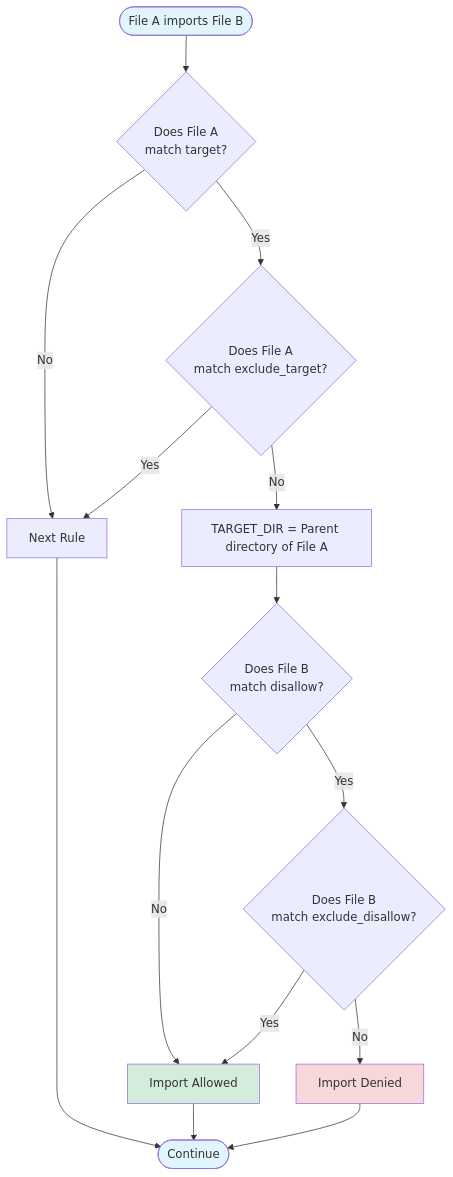
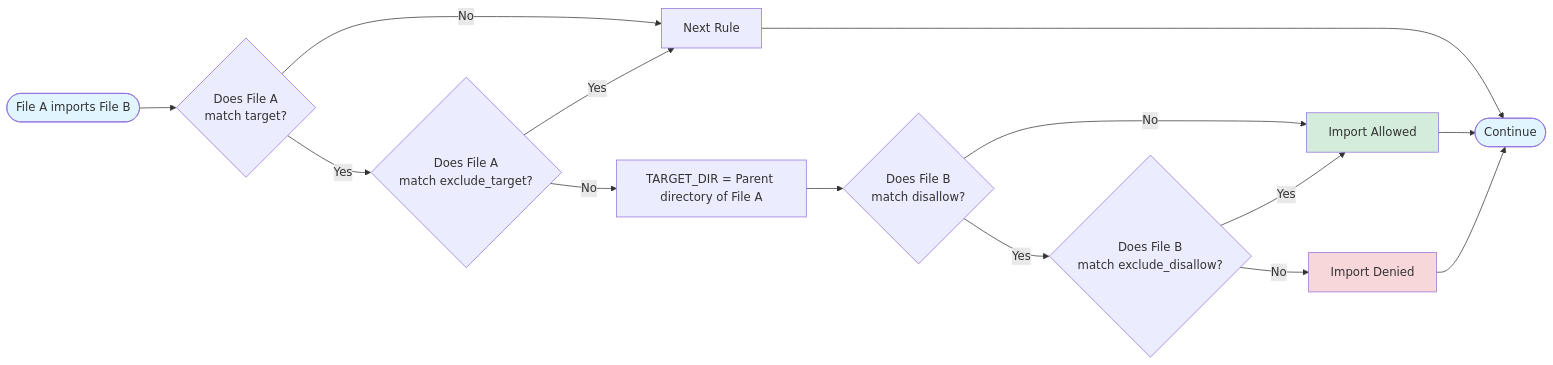
One commit to fujidaiti/import_rules changed the diagram in RULES_FILE_SPEC.md. Above: the diagram before and after it, drawn with Mermaid. The commit also changed other lines of this file and 1 other file, not shown here.

````diff
--- a/RULES_FILE_SPEC.md
+++ b/RULES_FILE_SPEC.md
@@ -143,21 +150,21 @@
 ```mermaid
-flowchart TD
+flowchart LR
     Start([File A imports File B]) --> CheckTarget{Does File A<br/>match target?}
     CheckTarget -->|No| NextRule[Next Rule]
     CheckTarget -->|Yes| CheckExcludeTarget{Does File A<br/>match exclude_target?}
     CheckExcludeTarget -->|Yes| NextRule
     CheckExcludeTarget -->|No| ExtractTARGET_DIR[TARGET_DIR = Parent directory of File A]
     ExtractTARGET_DIR --> CheckDisallow{Does File B<br/>match disallow?}
     CheckDisallow -->|No| Allow[Import Allowed]
     CheckDisallow -->|Yes| CheckExcludeDisallow{Does File B<br/>match exclude_disallow?}
     CheckExcludeDisallow -->|Yes| Allow
     CheckExcludeDisallow -->|No| Deny[Import Denied]
     NextRule --> End([Continue])
     Allow --> End
     Deny --> End
 
     style Start fill:#e1f5ff
     style End fill:#e1f5ff
     style Allow fill:#d4edda
     style Deny fill:#f8d7da
 ```
````
